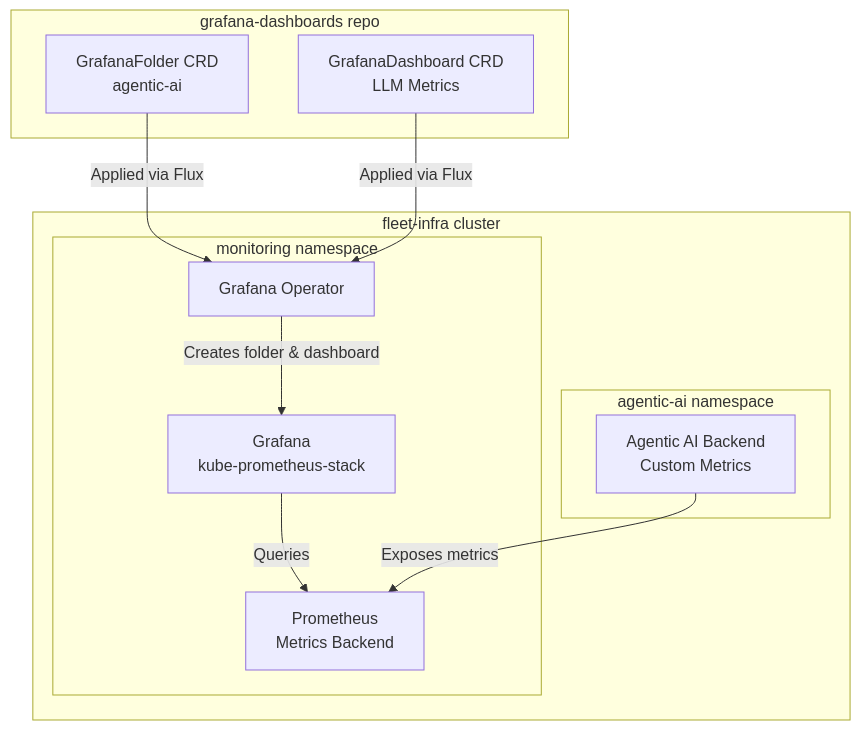
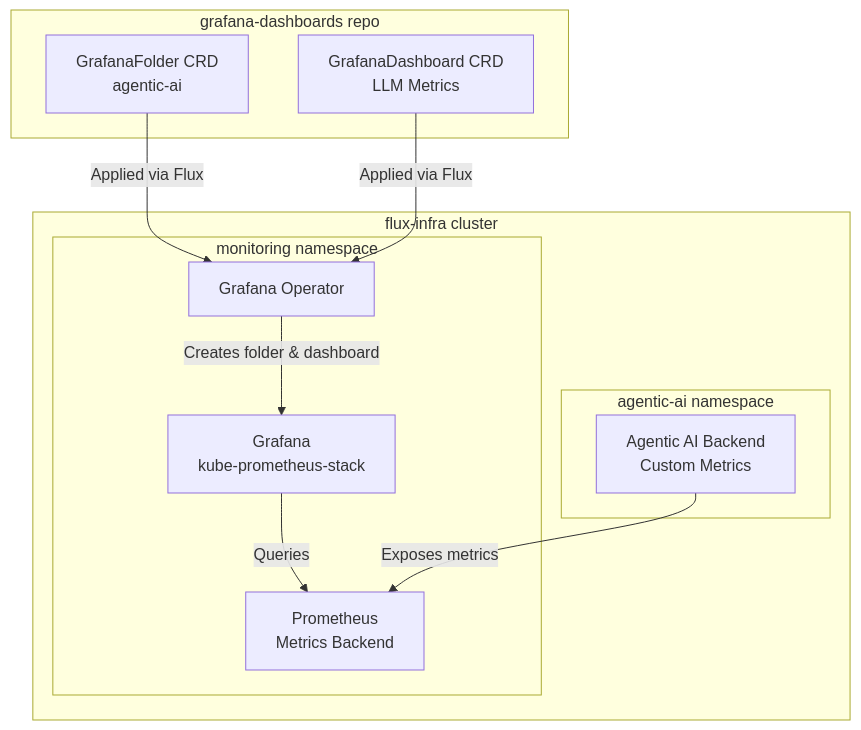
One commit to JiwooL0920/jiwool0920.github.io changed the second of 2 diagrams in docs/projects/grafana-dashboards/index.md. Above: the diagram before and after it, drawn with Mermaid. The commit also changed other lines of this file and 50 other files, not shown here.

First line of the commit message:
feat: update bio, rename fleet-infra → flux-infra everywhere, add mermaid zoom

````diff
--- a/docs/projects/grafana-dashboards/index.md
+++ b/docs/projects/grafana-dashboards/index.md
@@ -84,25 +84,25 @@
 ```mermaid
 flowchart TB
     subgraph "grafana-dashboards repo"
         FOLDER[GrafanaFolder CRD<br/>agentic-ai]
         DASH[GrafanaDashboard CRD<br/>LLM Metrics]
     end
 
-    subgraph "fleet-infra cluster"
+    subgraph "flux-infra cluster"
         subgraph "monitoring namespace"
             GROP[Grafana Operator]
             GRAF[Grafana<br/>kube-prometheus-stack]
             PROM[Prometheus<br/>Metrics Backend]
         end
 
         subgraph "agentic-ai namespace"
             APP[Agentic AI Backend<br/>Custom Metrics]
         end
     end
 
     FOLDER -->|Applied via Flux| GROP
     DASH -->|Applied via Flux| GROP
     GROP -->|Creates folder & dashboard| GRAF
     GRAF -->|Queries| PROM
     APP -->|Exposes metrics| PROM
 ```
````
